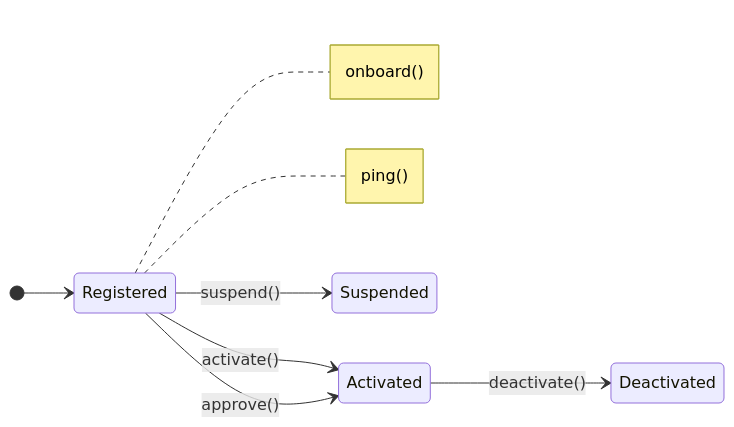
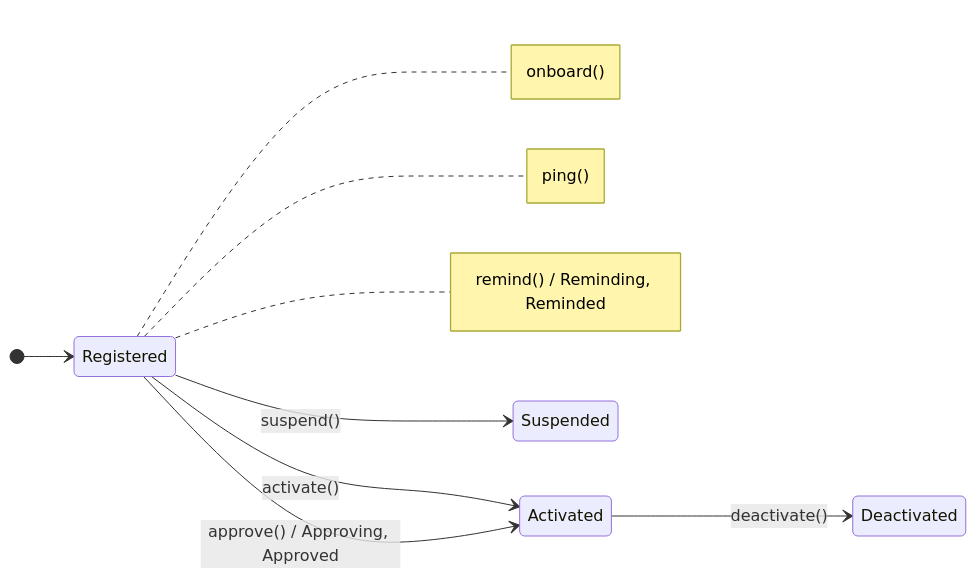
Before and after one commit to AryeoHQ/eloquent-state-machines: the second of 2 diagrams in README.md, drawn with Mermaid. The commit also changed other lines of this file and 37 other files, not shown here.

````diff
--- a/README.md
+++ b/README.md
@@ -450,11 +479,12 @@
 ```mermaid
 stateDiagram-v2
     direction LR
     [*] --> Registered
     note right of Registered: onboard()
     note right of Registered: ping()
+    note right of Registered: remind() / Reminding, Reminded
     Registered --> Activated: activate()
-    Registered --> Activated: approve()
+    Registered --> Activated: approve() / Approving, Approved
     Registered --> Suspended: suspend()
     Activated --> Deactivated: deactivate()
 ```
````
